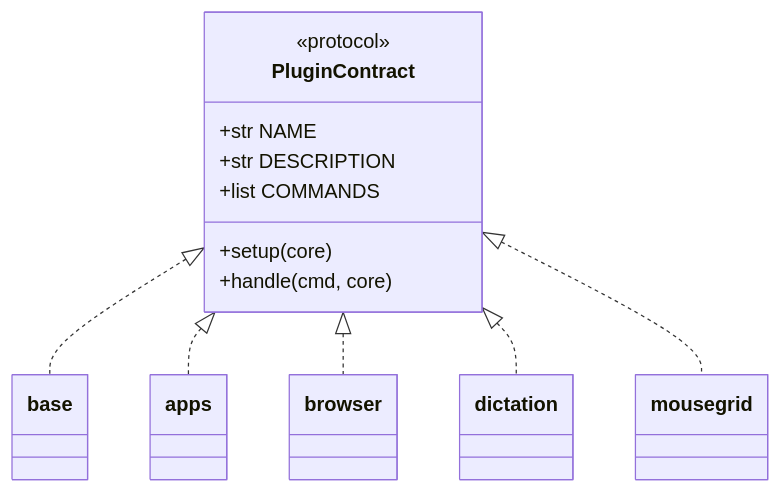
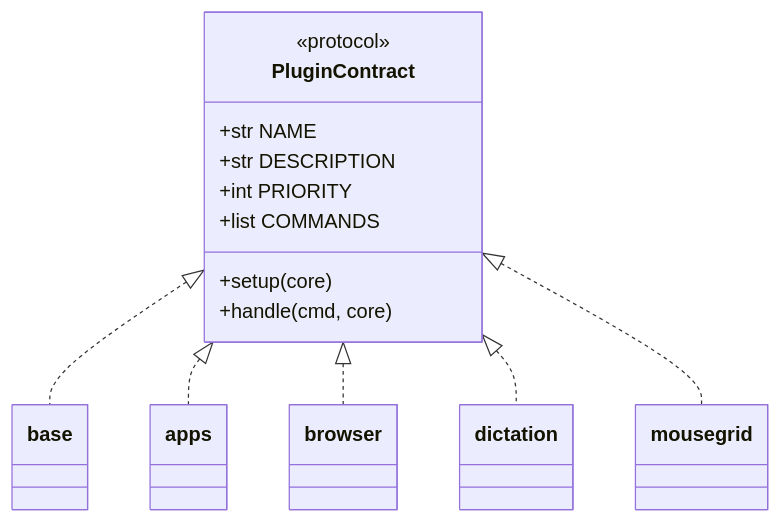
The diagram in docs/plugins.md (SolanumForte/easyspeak), drawn with Mermaid before and after one commit. The commit also changed 4 other files, not shown here.

First line of the commit message:
Make the docs' diagrams enlarge on click and show the plugin locale

````diff
--- a/docs/plugins.md
+++ b/docs/plugins.md
@@ -37,16 +37,17 @@
 ```mermaid
 classDiagram
     class PluginContract {
         <<protocol>>
         +str NAME
         +str DESCRIPTION
+        +int PRIORITY
         +list COMMANDS
         +setup(core)
         +handle(cmd, core)
     }
     PluginContract <|.. base
     PluginContract <|.. apps
     PluginContract <|.. browser
     PluginContract <|.. dictation
     PluginContract <|.. mousegrid
 ```
````
